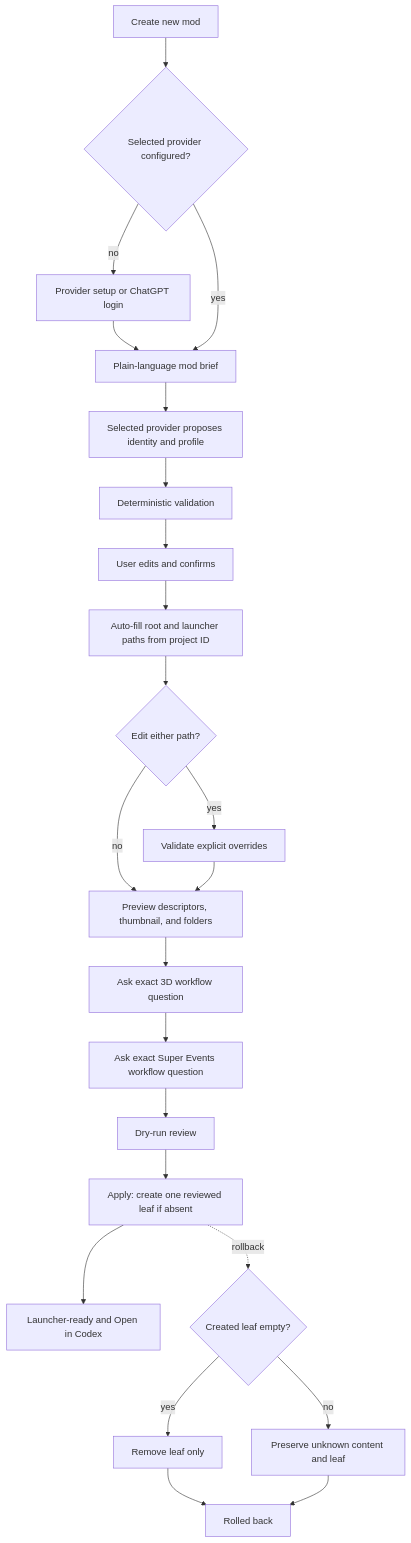
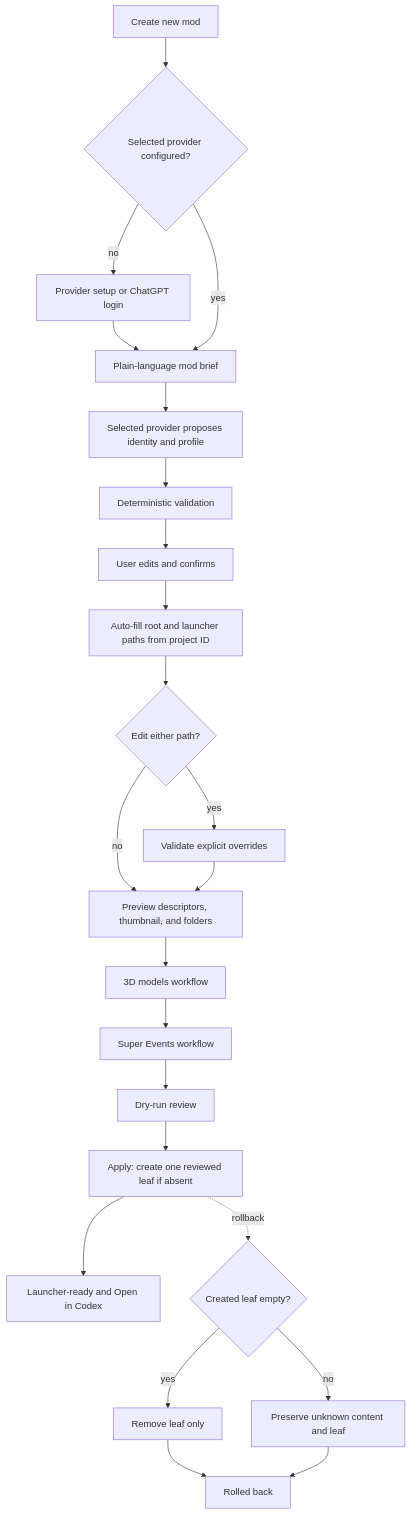
Before and after one commit to klimPaskov/HOI4-Mod-Setup: the diagram in docs/diagrams/new_project_flow.mmd, drawn with Mermaid. The commit also changed 76 other files, not shown here.

```diff
--- a/docs/diagrams/new_project_flow.mmd
+++ b/docs/diagrams/new_project_flow.mmd
@@ -1,23 +1,23 @@
 flowchart TD
     Start[Create new mod] --> Auth{Selected provider configured?}
     Auth -- no --> Login[Provider setup or ChatGPT login]
     Login --> Brief[Plain-language mod brief]
     Auth -- yes --> Brief
     Brief --> Provider[Selected provider proposes identity and profile]
     Provider --> Validate[Deterministic validation]
     Validate --> Review[User edits and confirms]
     Review --> Paths[Auto-fill root and launcher paths from project ID]
     Paths --> Override{Edit either path?}
     Override -- yes --> ValidatePaths[Validate explicit overrides]
     Override -- no --> Preview[Preview descriptors, thumbnail, and folders]
     ValidatePaths --> Preview
-    Preview --> Optional3D[Ask exact 3D workflow question]
-    Optional3D --> OptionalSE[Ask exact Super Events workflow question]
+    Preview --> Optional3D[3D models workflow]
+    Optional3D --> OptionalSE[Super Events workflow]
     OptionalSE --> DryRun[Dry-run review]
     DryRun --> Apply[Apply: create one reviewed leaf if absent]
     Apply --> Ready[Launcher-ready and Open in Codex]
     Apply -. rollback .-> Empty{Created leaf empty?}
     Empty -- yes --> RemoveLeaf[Remove leaf only]
     Empty -- no --> Preserve[Preserve unknown content and leaf]
     RemoveLeaf --> RolledBack[Rolled back]
     Preserve --> RolledBack
```
